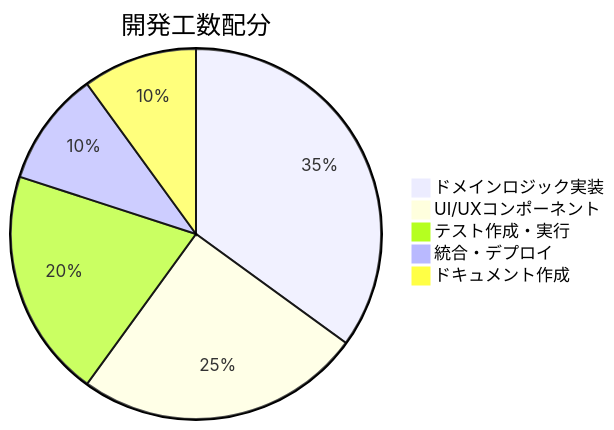
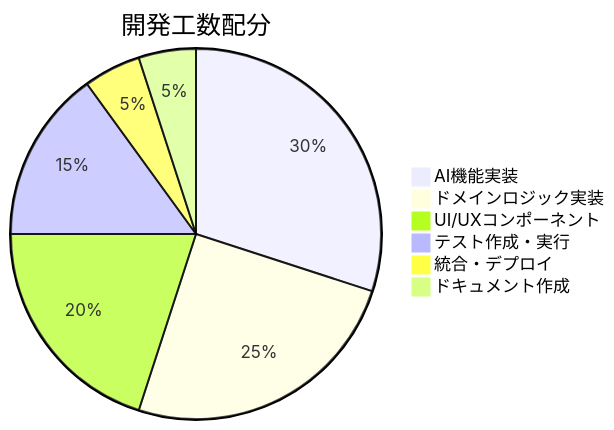
Before and after one commit to k2works/case-study-game-dev: the third of 7 diagrams in docs/requirements/リリース計画.md, drawn with Mermaid. The commit also changed other lines of this file and 8 other files, not shown here.

````diff
--- a/docs/requirements/リリース計画.md
+++ b/docs/requirements/リリース計画.md
@@ -306,8 +476,9 @@
 ```mermaid
 pie title 開発工数配分
-    "ドメインロジック実装" : 35
-    "UI/UXコンポーネント" : 25
-    "テスト作成・実行" : 20
-    "統合・デプロイ" : 10
-    "ドキュメント作成" : 10
+    "AI機能実装" : 30
+    "ドメインロジック実装" : 25
+    "UI/UXコンポーネント" : 20
+    "テスト作成・実行" : 15
+    "統合・デプロイ" : 5
+    "ドキュメント作成" : 5
 ```
````
